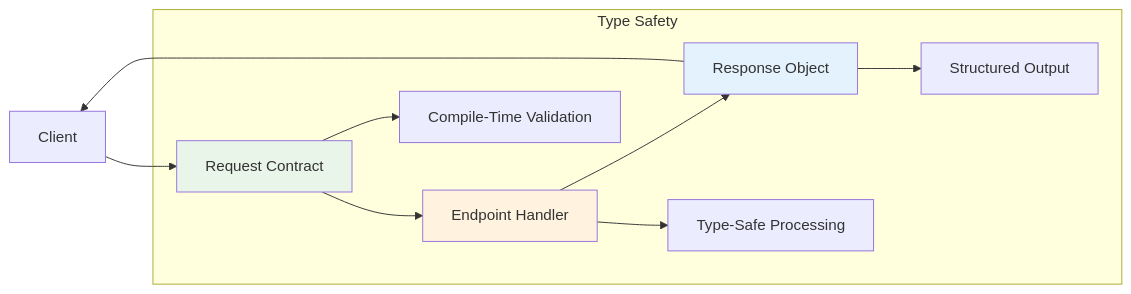
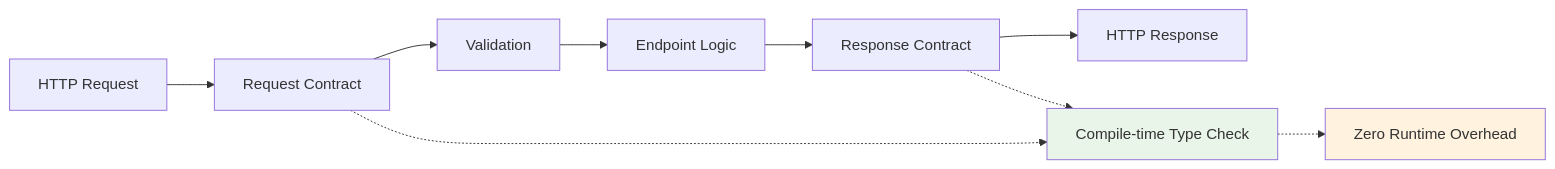
One commit to azutoolkit/azu changed the first of 2 diagrams in docs/core-concepts.md. Above: the diagram before and after it, drawn with Mermaid. The commit also changed other lines of this file and 4 other files, not shown here.

````diff
--- a/docs/core-concepts.md
+++ b/docs/core-concepts.md
@@ -13,17 +14,15 @@
 ```mermaid
 graph LR
-    Client[Client] --> Request[Request Contract]
-    Request --> Endpoint[Endpoint Handler]
-    Endpoint --> Response[Response Object]
-    Response --> Client
+    A[HTTP Request] --> B[Request Contract]
+    B --> C[Validation]
+    C --> D[Endpoint Logic]
+    D --> E[Response Contract]
+    E --> F[HTTP Response]
 
-    subgraph "Type Safety"
-        Request --> Validation[Compile-Time Validation]
-        Endpoint --> Processing[Type-Safe Processing]
-        Response --> Serialization[Structured Output]
-    end
+    B -.-> G[Compile-time Type Check]
+    E -.-> G
+    G -.-> H[Zero Runtime Overhead]
 
-    style Request fill:#e8f5e8
-    style Endpoint fill:#fff3e0
-    style Response fill:#e3f2fd
+    style G fill:#e8f5e8
+    style H fill:#fff3e0
 ```
````
